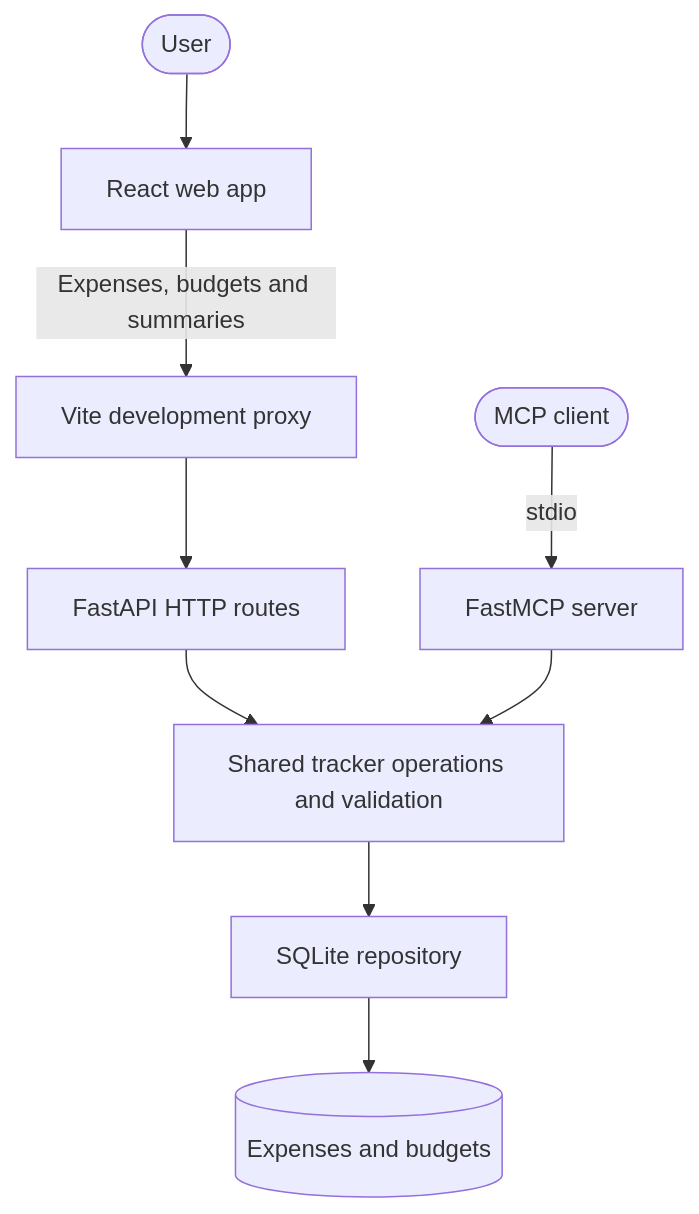
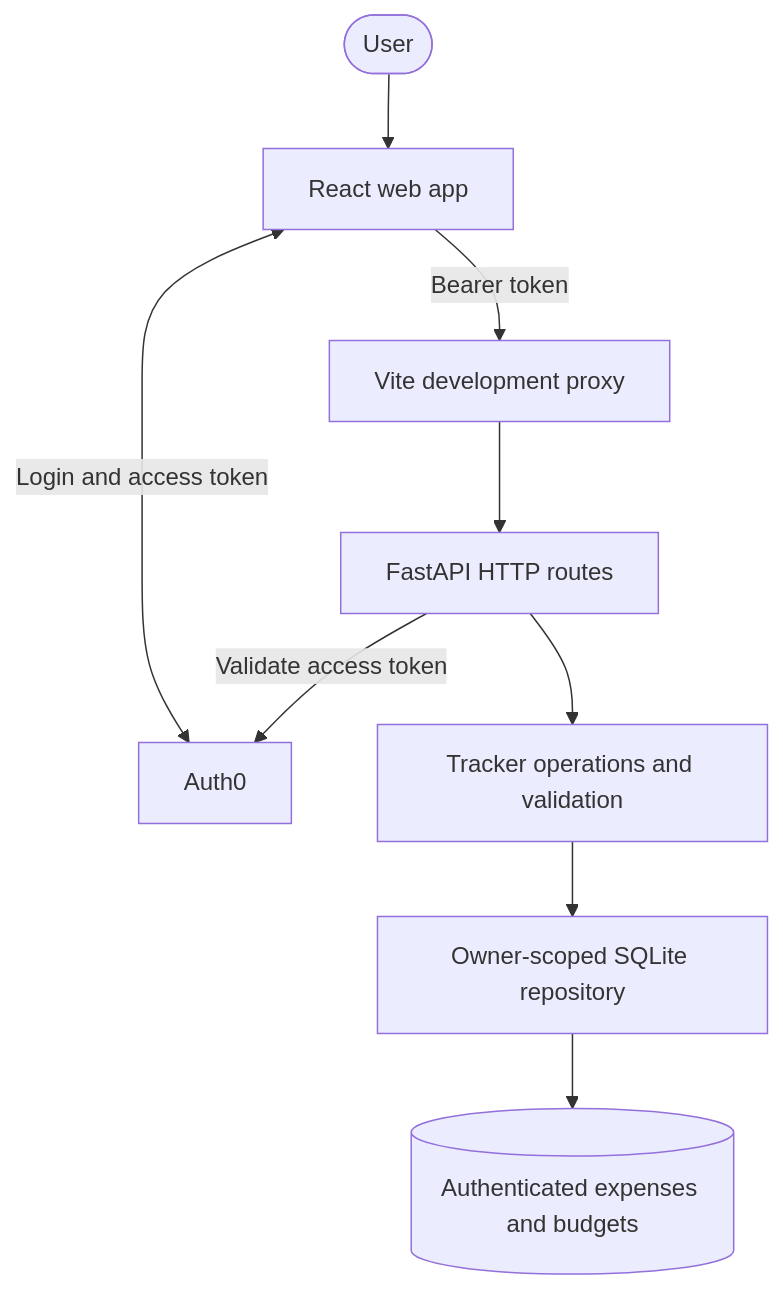
The diagram in docs/architecture.md (Sunny175/Personal_expense_and_budget_tracker), drawn with Mermaid before and after one commit. The commit also changed other lines of this file and 21 other files, not shown here.

````diff
--- a/docs/architecture.md
+++ b/docs/architecture.md
@@ -6,11 +8,11 @@
 ```mermaid
 flowchart TD
     User([User]) --> Web[React web app]
-    Web -->|Expenses, budgets and summaries| Proxy[Vite development proxy]
+    Web <-->|Login and access token| Auth0[Auth0]
+    Web -->|Bearer token| Proxy[Vite development proxy]
     Proxy --> API[FastAPI HTTP routes]
-    Client([MCP client]) -->|stdio| MCP[FastMCP server]
-    API --> Core[Shared tracker operations and validation]
-    MCP --> Core
-    Core --> Storage[SQLite repository]
-    Storage --> DB[(Expenses and budgets)]
+    API -->|Validate access token| Auth0
+    API --> Core[Tracker operations and validation]
+    Core --> Storage[Owner-scoped SQLite repository]
+    Storage --> DB[(Authenticated expenses and budgets)]
 ```
````
